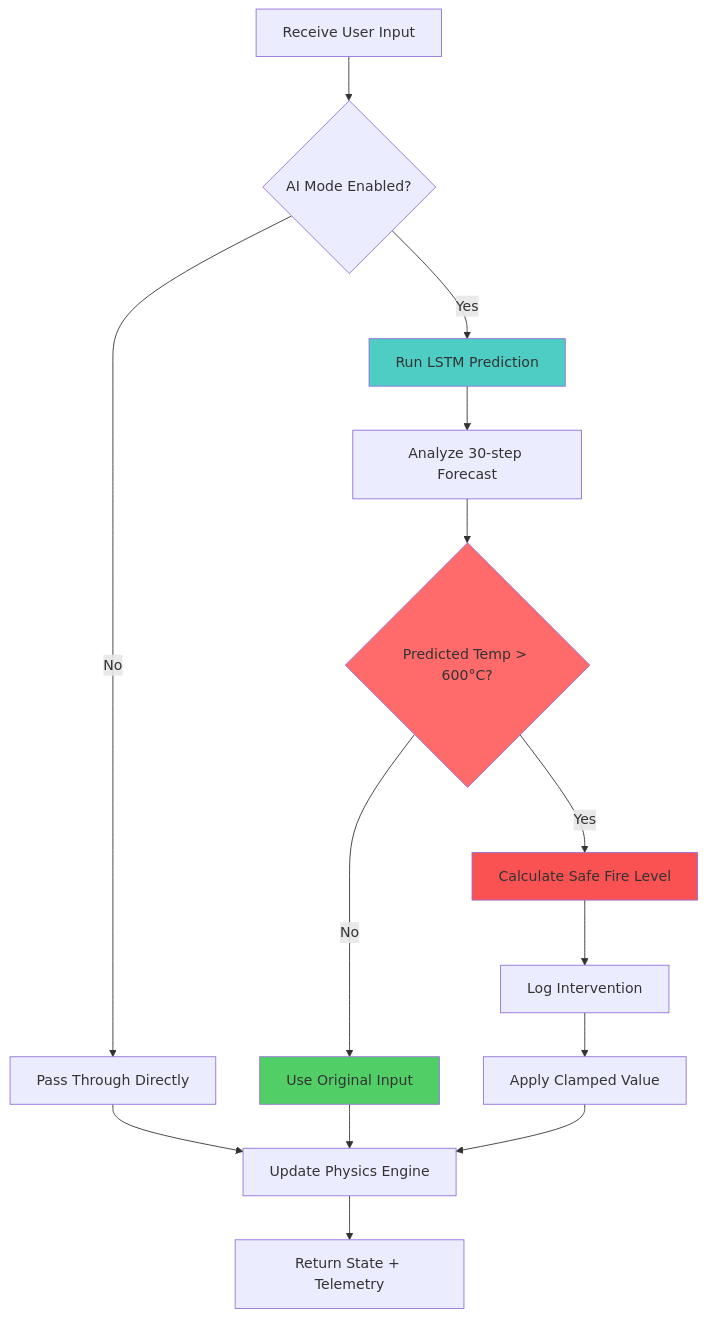
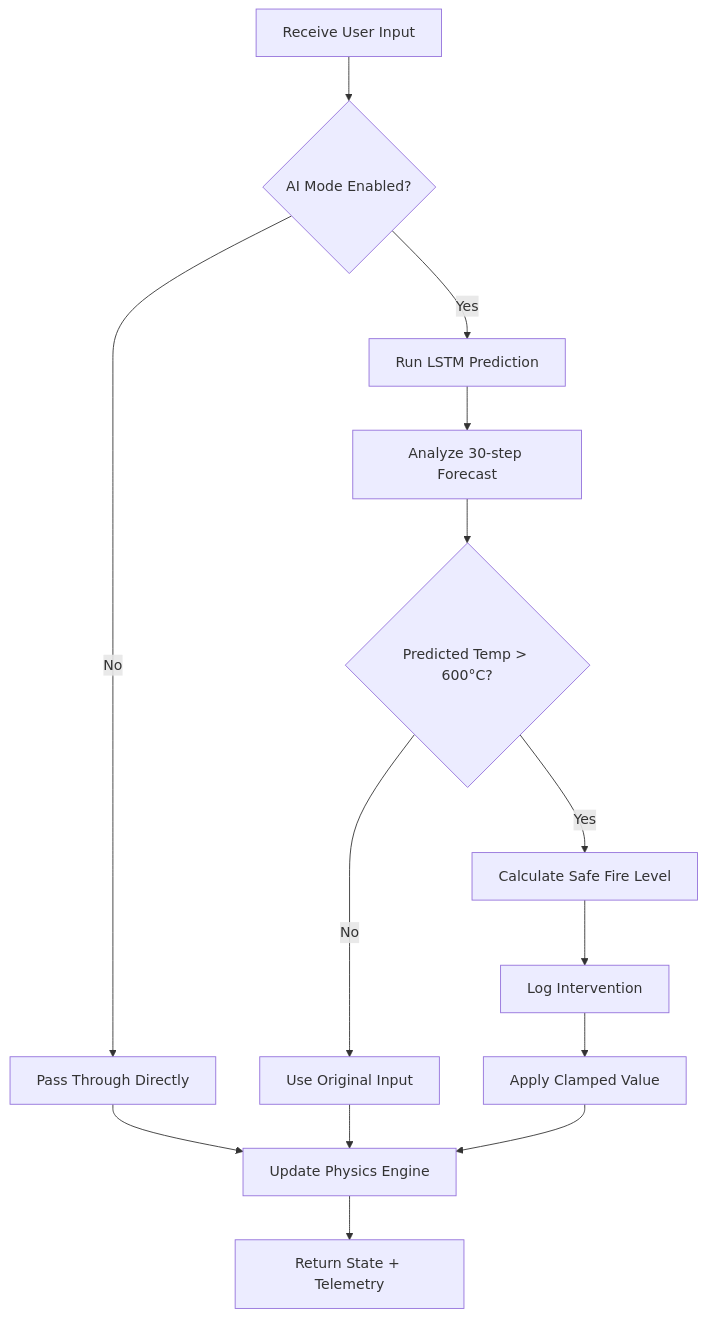
Before and after one commit to Divesh-Kshirsagar/BIMCS: the fourth of 10 diagrams in docs/architecture.md, drawn with Mermaid. The commit also changed other lines of this file and 7 other files, not shown here.

Commit message:
refactor: remove unnecessary style definitions from documentation diagrams

````diff
--- a/docs/architecture.md
+++ b/docs/architecture.md
@@ -174,26 +166,22 @@
 ```mermaid
 flowchart TD
     Start[Receive User Input] --> Check{AI Mode Enabled?}
     Check -->|No| Direct[Pass Through Directly]
     Check -->|Yes| Predict[Run LSTM Prediction]
     
     Predict --> Analyze[Analyze 30-step Forecast]
     Analyze --> Danger{Predicted Temp > 600°C?}
     
     Danger -->|No| Safe[Use Original Input]
     Danger -->|Yes| Clamp[Calculate Safe Fire Level]
     
     Clamp --> Log[Log Intervention]
     Log --> Apply[Apply Clamped Value]
     
     Safe --> Update[Update Physics Engine]
     Direct --> Update
     Apply --> Update
     
     Update --> Return[Return State + Telemetry]
     
-    style Danger fill:#ff6b6b
-    style Clamp fill:#fa5252
-    style Safe fill:#51cf66
-    style Predict fill:#4ecdc4
 ```
````
